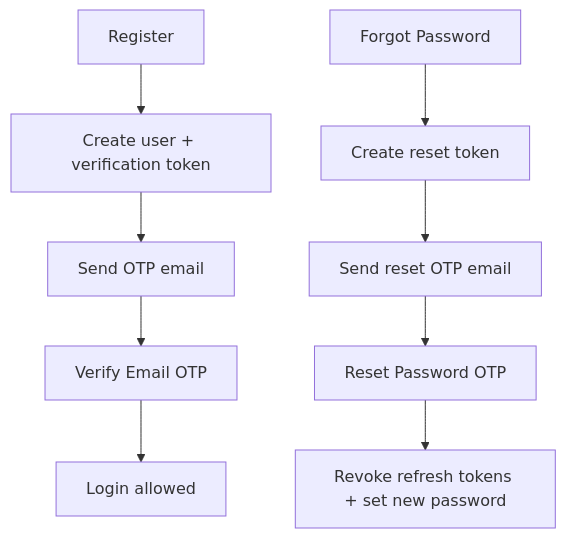
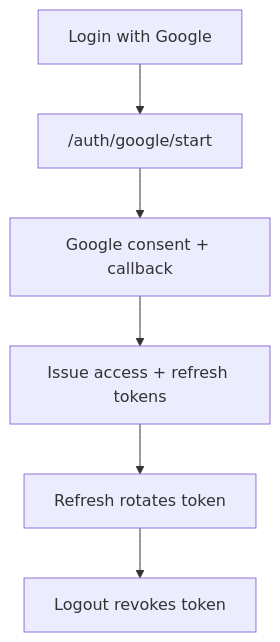
One commit to comp596-spring-2026/RetailSync changed the first of 3 diagrams in docs/backend/api-reference.md. Above: the diagram before and after it, drawn with Mermaid. The commit also changed other lines of this file and 41 other files, not shown here.

Commit message:
Removed Client Register with email and just kept Google OAuth

````diff
--- a/docs/backend/api-reference.md
+++ b/docs/backend/api-reference.md
@@ -187,12 +97,8 @@
 ```mermaid
 flowchart TD
-  A["Register"] --> B["Create user + verification token"]
-  B --> C["Send OTP email"]
-  C --> D["Verify Email OTP"]
-  D --> E["Login allowed"]
-
-  F["Forgot Password"] --> G["Create reset token"]
-  G --> H["Send reset OTP email"]
-  H --> I["Reset Password OTP"]
-  I --> J["Revoke refresh tokens + set new password"]
+  A["Login with Google"] --> B["/auth/google/start"]
+  B --> C["Google consent + callback"]
+  C --> D["Issue access + refresh tokens"]
+  D --> E["Refresh rotates token"]
+  E --> F["Logout revokes token"]
 ```
````
